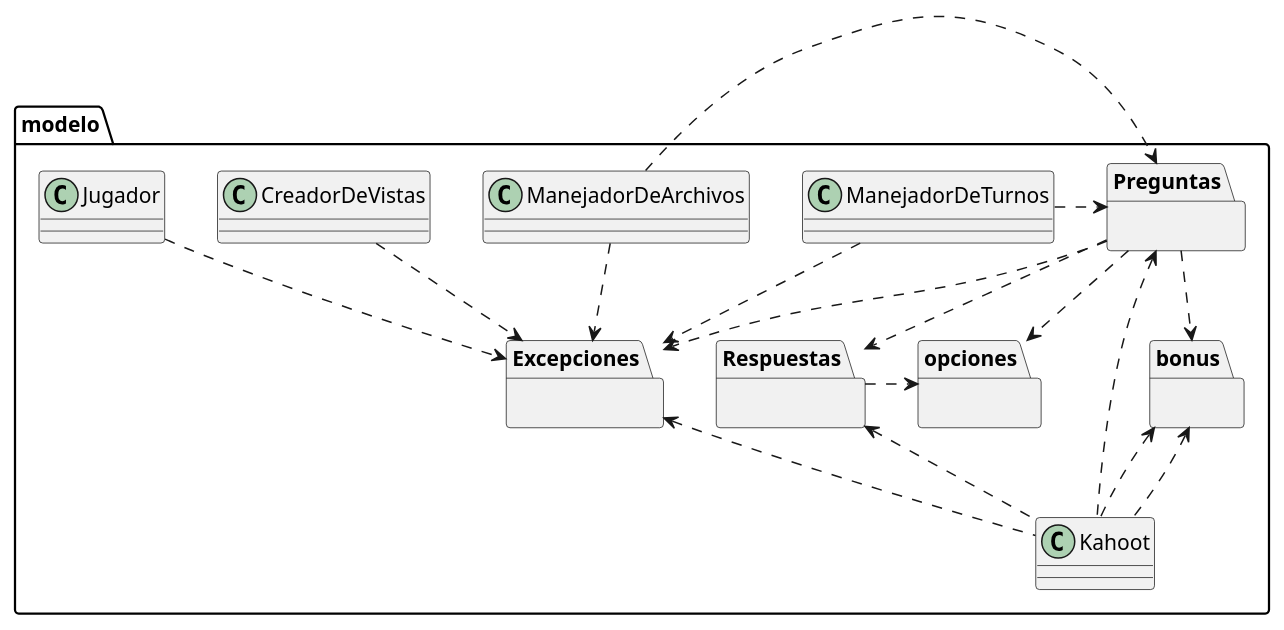
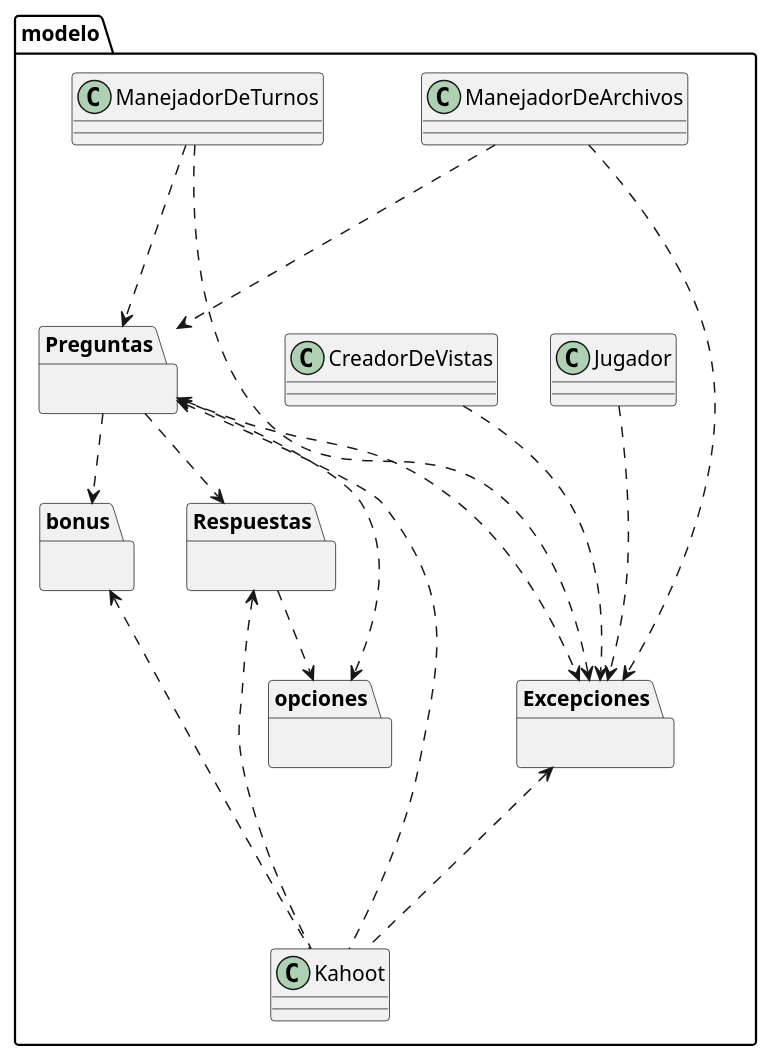
The diagram in Diagramas/DDP-Modelo.puml (Tomymanoukian/AyPIII_TP2), drawn with PlantUML before and after one commit.

Commit message:
Diagrama de paquetes

```diff
--- a/Diagramas/DDP-Modelo.puml
+++ b/Diagramas/DDP-Modelo.puml
@@ -1,50 +1,47 @@
 @startuml
 
 package "modelo" {
 
     package "bonus"{
     }
 
     package "Excepciones"{
     }
 
+    package "Preguntas"{
+    }
+
     package "opciones"{
     }
 
-    package "Preguntas"{
-    }
 
     package "Respuestas"{
     }
 
     Class CreadorDeVistas
     Class Jugador
     Class Kahoot
     Class ManejadorDeArchivos
     Class ManejadorDeTurnos
 
 
 }
 
 Preguntas ..> bonus
-Preguntas ..> Excepciones
+Preguntas <...> Excepciones
 Preguntas ..> opciones
 Preguntas ..> Respuestas
-Respuestas .> opciones
+Respuestas ..> opciones
+CreadorDeVistas ...> Excepciones
+Jugador ...> Excepciones
 
-CreadorDeVistas ..> Excepciones
+bonus <... Kahoot
+Respuestas <... Kahoot
+Preguntas <... Kahoot
+Excepciones <... Kahoot
+ManejadorDeTurnos ...> Excepciones
+ManejadorDeTurnos ...> Preguntas
+ManejadorDeArchivos ...> Preguntas
+ManejadorDeArchivos ...>Excepciones
 
-Jugador ..> Excepciones
-
-bonus <.. Kahoot
-Respuestas <.. Kahoot
-Preguntas <.. Kahoot
-Excepciones <.. Kahoot
-bonus <.. Kahoot
-
-ManejadorDeTurnos ..> Excepciones
-ManejadorDeTurnos .> Preguntas
-
-ManejadorDeArchivos .> Preguntas
-ManejadorDeArchivos ..>Excepciones
 @enduml
```
